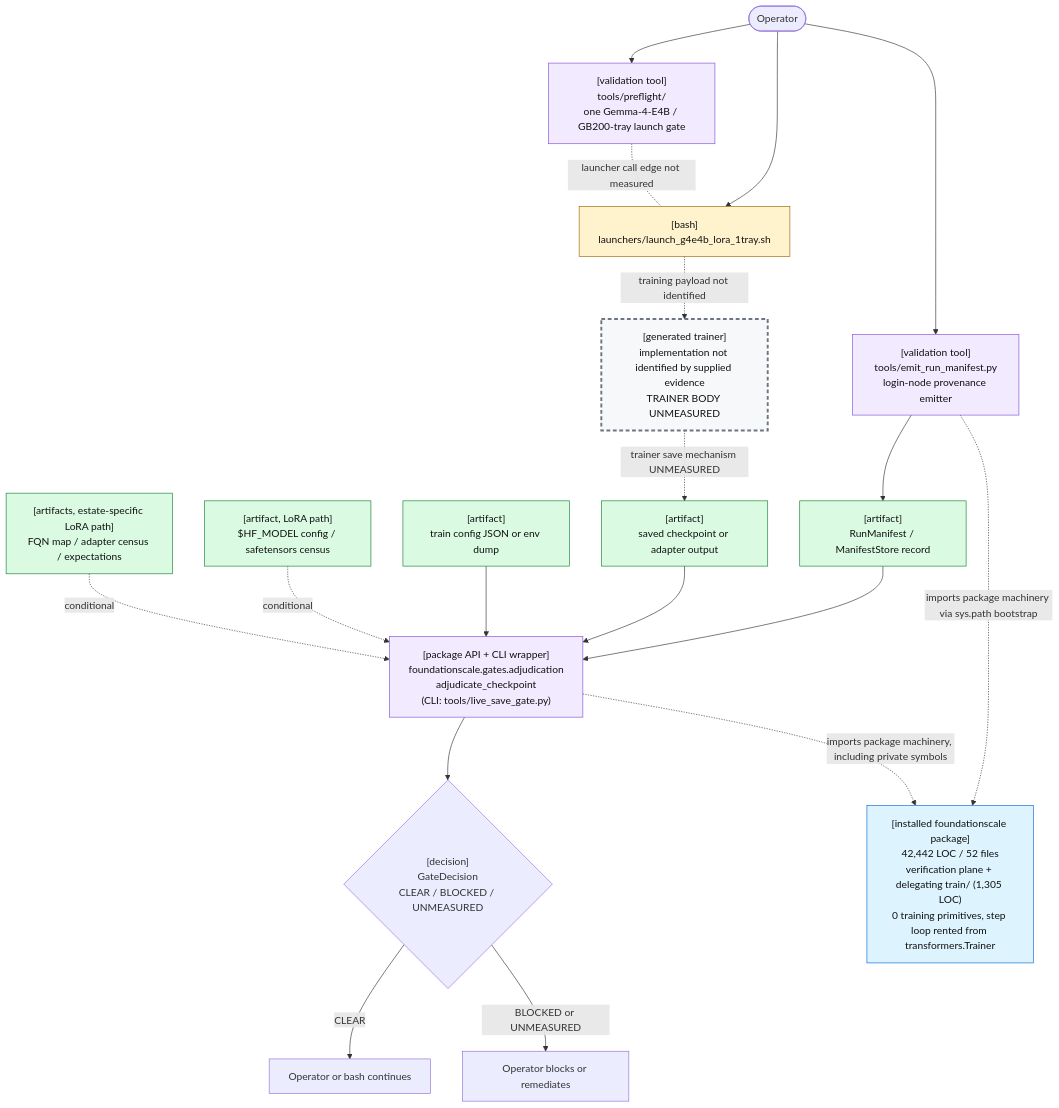
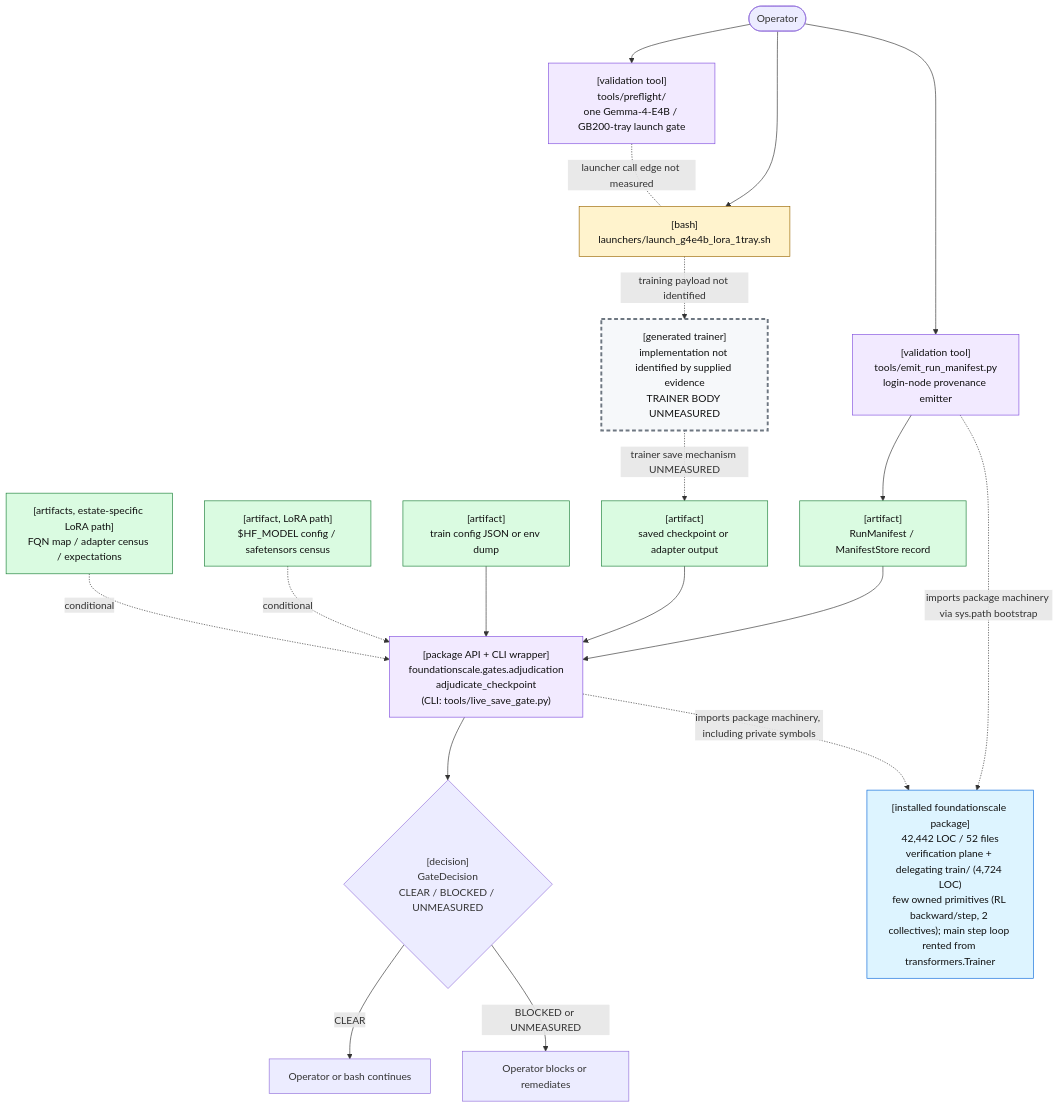
The first of 2 diagrams in docs/review/D2_current_architecture.md (TranNhiem/FoundationScale), drawn with Mermaid before and after one commit. The commit also changed other lines of this file and 14 other files, not shown here.

````diff
--- a/docs/review/D2_current_architecture.md
+++ b/docs/review/D2_current_architecture.md
@@ -25,59 +25,59 @@
 ```mermaid
 flowchart TB
   O(["Operator"])
 
   PF["[validation tool]<br/>tools/preflight/<br/>one Gemma-4-E4B / GB200-tray launch gate"]
   L["[bash]<br/>launchers/launch_g4e4b_lora_1tray.sh"]
 
   E["[validation tool]<br/>tools/emit_run_manifest.py<br/>login-node provenance emitter"]
   M["[artifact]<br/>RunManifest / ManifestStore record"]
 
   T["[generated trainer]<br/>implementation not identified by supplied evidence<br/>TRAINER BODY UNMEASURED"]
   C["[artifact]<br/>saved checkpoint or adapter output"]
 
   G["[package API + CLI wrapper]<br/>foundationscale.gates.adjudication<br/>adjudicate_checkpoint<br/>(CLI: tools/live_save_gate.py)"]
   CFG["[artifact]<br/>train config JSON or env dump"]
   BASE["[artifact, LoRA path]<br/>$HF_MODEL config / safetensors census"]
   CEN["[artifacts, estate-specific LoRA path]<br/>FQN map / adapter census / expectations"]
 
   D{"[decision]<br/>GateDecision<br/>CLEAR / BLOCKED / UNMEASURED"}
   OK["Operator or bash continues"]
   NO["Operator blocks or remediates"]
 
-  PKG["[installed foundationscale package]<br/>42,442 LOC / 52 files<br/>verification plane + delegating train/ (1,305 LOC)<br/>0 training primitives, step loop rented from transformers.Trainer"]
+  PKG["[installed foundationscale package]<br/>42,442 LOC / 52 files<br/>verification plane + delegating train/ (4,724 LOC)<br/>few owned primitives (RL backward/step, 2 collectives); main step loop rented from transformers.Trainer"]
 
   O --> PF
   O --> L
   PF -. "launcher call edge not measured" .- L
 
   O --> E
   E --> M
 
   L -. "training payload not identified" .-> T
   T -. "trainer save mechanism UNMEASURED" .-> C
 
   M --> G
   C --> G
   CFG --> G
   BASE -. "conditional" .-> G
   CEN -. "conditional" .-> G
 
   E -. "imports package machinery via sys.path bootstrap" .-> PKG
   G -. "imports package machinery, including private symbols" .-> PKG
 
   G --> D
   D -->|"CLEAR"| OK
   D -->|"BLOCKED or UNMEASURED"| NO
 
   classDef bash fill:#fff3cd,stroke:#9a6700,color:#111;
   classDef tool fill:#f2eaff,stroke:#8250df,color:#111;
   classDef artifact fill:#dafbe1,stroke:#1a7f37,color:#111;
   classDef gap fill:#f6f8fa,stroke:#6e7781,stroke-width:3px,stroke-dasharray: 6 4,color:#111;
   classDef pkg fill:#ddf4ff,stroke:#0969da,color:#111;
 
   class L bash;
   class PF,E,G tool;
   class M,C,CFG,BASE,CEN artifact;
   class T gap;
   class PKG pkg;
 ```
````
